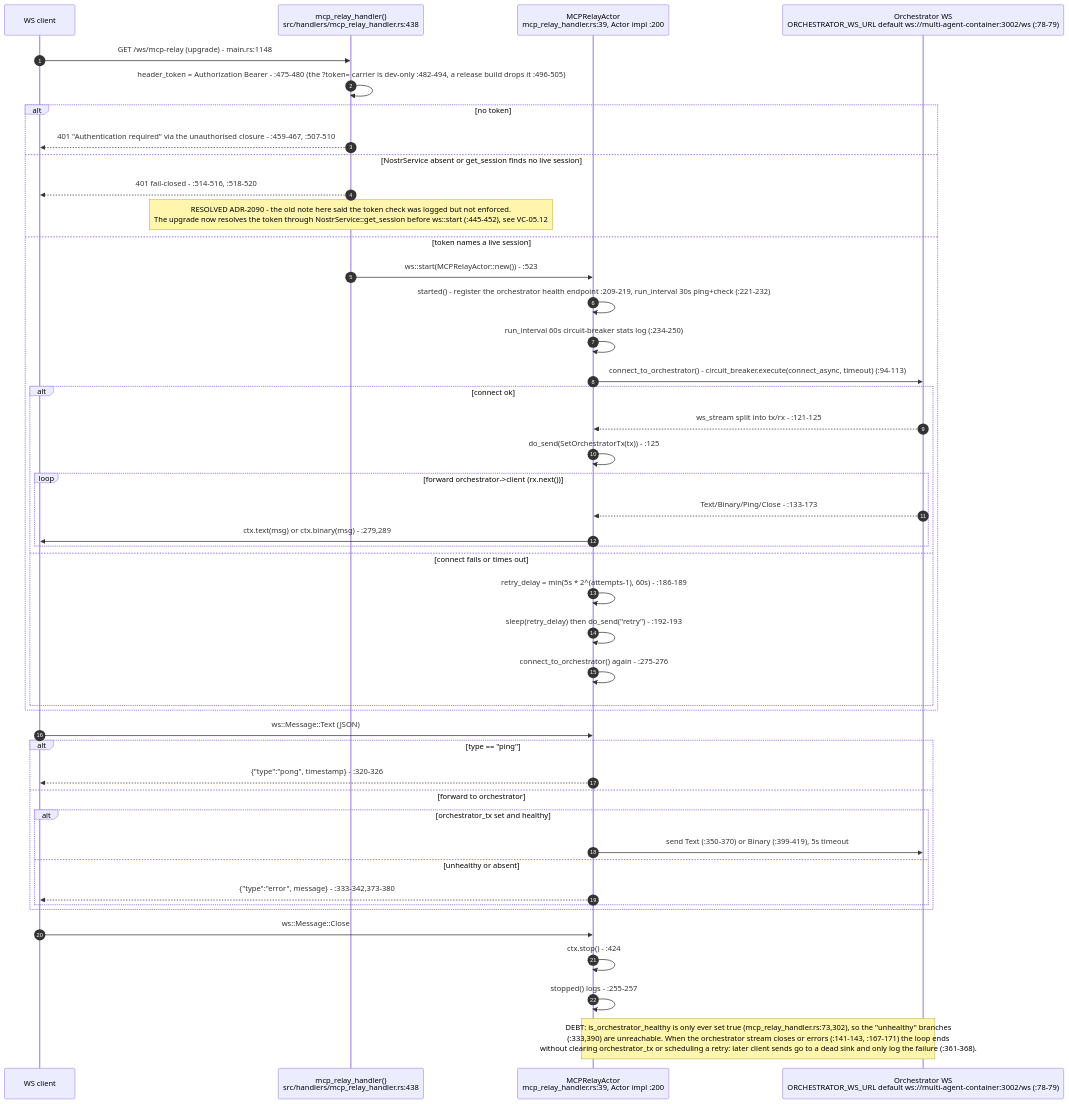
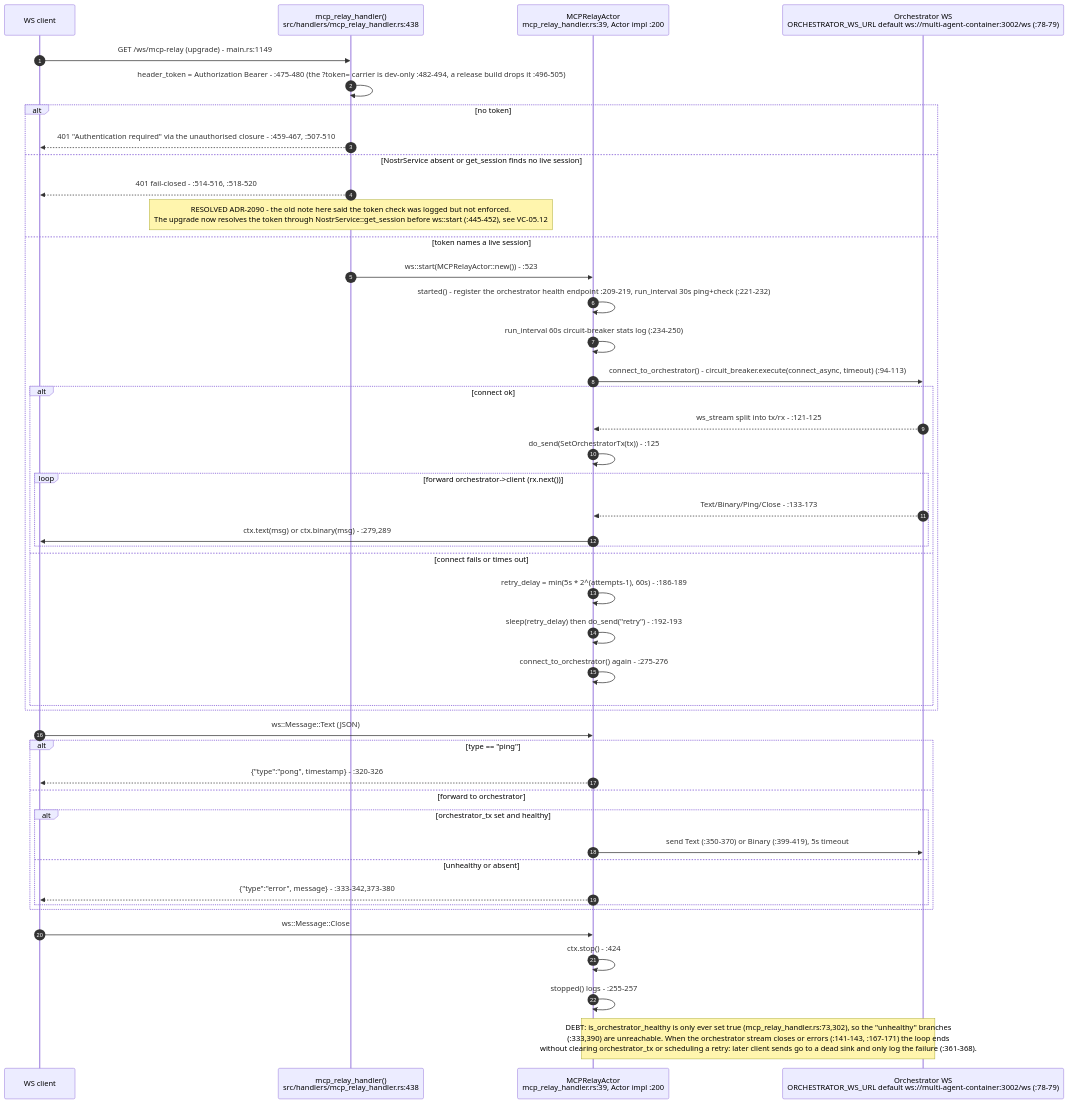
Before and after one commit to DreamLab-AI/VisionFlow: the third of 11 diagrams in docs/diagrams/visionclaw/27-agent-integration-mcp-relay.md, drawn with Mermaid. The commit also changed other lines of this file and 154 other files, not shown here.

First line of the commit message:
docs(diagrams): re-stamp 154 topics whose every citation still reads the same text at the current heads

````diff
--- a/docs/diagrams/visionclaw/27-agent-integration-mcp-relay.md
+++ b/docs/diagrams/visionclaw/27-agent-integration-mcp-relay.md
@@ -128,48 +128,48 @@
 ```mermaid
 sequenceDiagram
     autonumber
     participant Client as WS client
     participant H as mcp_relay_handler()<br/>src/handlers/mcp_relay_handler.rs:438
     participant A as MCPRelayActor<br/>mcp_relay_handler.rs:39, Actor impl :200
     participant O as Orchestrator WS<br/>ORCHESTRATOR_WS_URL default ws://multi-agent-container:3002/ws (:78-79)
 
-    Client->>H: GET /ws/mcp-relay (upgrade) - main.rs:1148
+    Client->>H: GET /ws/mcp-relay (upgrade) - main.rs:1149
     H->>H: header_token = Authorization Bearer - :475-480 (the ?token= carrier is dev-only :482-494, a release build drops it :496-505)
     alt no token
         H-->>Client: 401 "Authentication required" via the unauthorised closure - :459-467, :507-510
     else NostrService absent or get_session finds no live session
         H-->>Client: 401 fail-closed - :514-516, :518-520
         Note over H: RESOLVED ADR-2090 - the old note here said the token check was logged but not enforced.<br/>The upgrade now resolves the token through NostrService::get_session before ws::start (:445-452), see VC-05.12
     else token names a live session
         H->>A: ws::start(MCPRelayActor::new()) - :523
         A->>A: started() - register the orchestrator health endpoint :209-219, run_interval 30s ping+check (:221-232)
         A->>A: run_interval 60s circuit-breaker stats log (:234-250)
         A->>O: connect_to_orchestrator() - circuit_breaker.execute(connect_async, timeout) (:94-113)
         alt connect ok
             O-->>A: ws_stream split into tx/rx - :121-125
             A->>A: do_send(SetOrchestratorTx(tx)) - :125
             loop forward orchestrator->client (rx.next())
                 O-->>A: Text/Binary/Ping/Close - :133-173
                 A->>Client: ctx.text(msg) or ctx.binary(msg) - :279,289
             end
         else connect fails or times out
             A->>A: retry_delay = min(5s * 2^(attempts-1), 60s) - :186-189
             A->>A: sleep(retry_delay) then do_send("retry") - :192-193
             A->>A: connect_to_orchestrator() again - :275-276
         end
     end
     Client->>A: ws::Message::Text (JSON)
     alt type == "ping"
         A-->>Client: {"type":"pong", timestamp} - :320-326
     else forward to orchestrator
         alt orchestrator_tx set and healthy
             A->>O: send Text (:350-370) or Binary (:399-419), 5s timeout
         else unhealthy or absent
             A-->>Client: {"type":"error", message} - :333-342,373-380
         end
     end
     Client->>A: ws::Message::Close
     A->>A: ctx.stop() - :424
     A->>A: stopped() logs - :255-257
     Note over A,O: DEBT: is_orchestrator_healthy is only ever set true (mcp_relay_handler.rs:73,302), so the "unhealthy" branches<br/>(:333,390) are unreachable. When the orchestrator stream closes or errors (:141-143, :167-171) the loop ends<br/>without clearing orchestrator_tx or scheduling a retry: later client sends go to a dead sink and only log the failure (:361-368).
 ```
````
